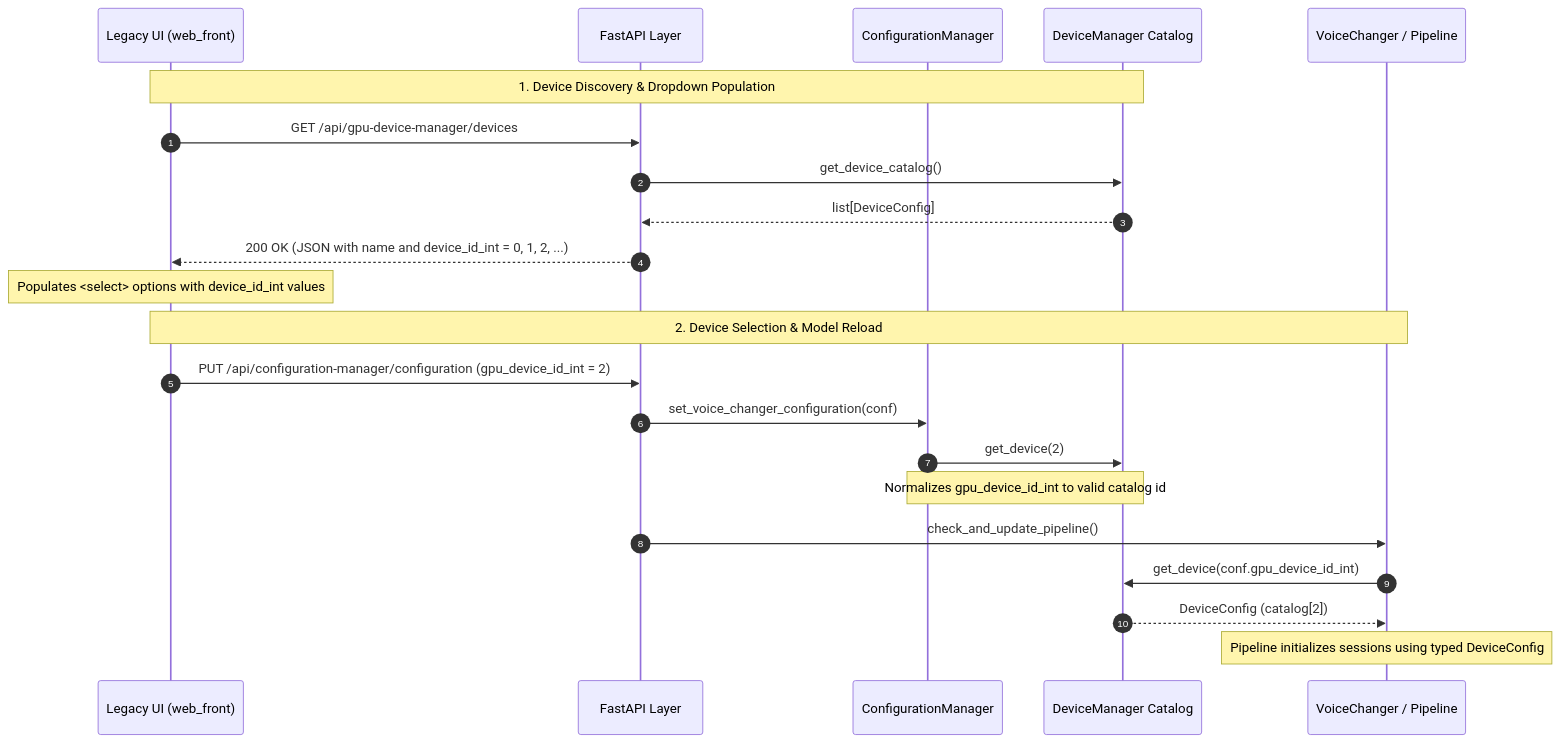
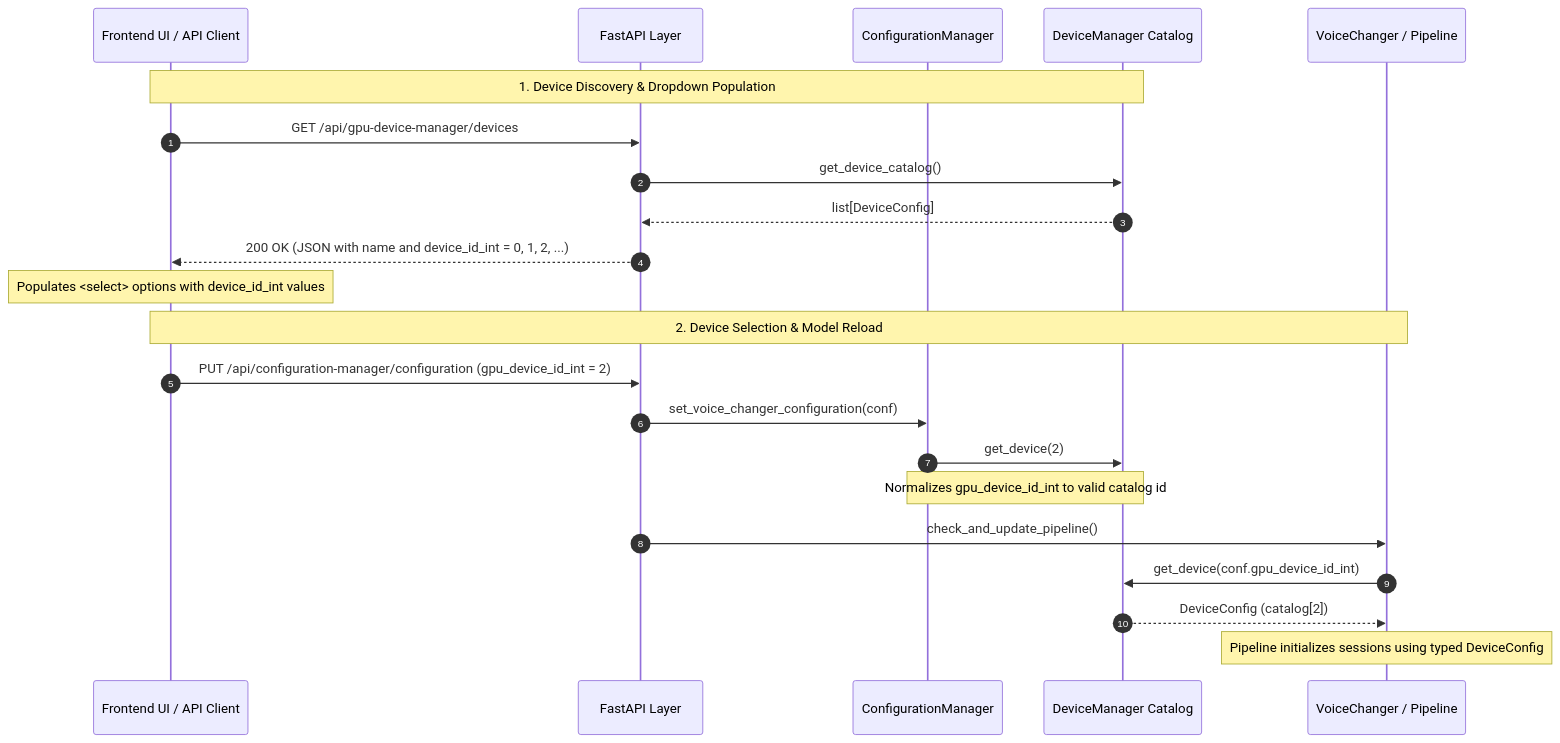
Before and after one commit to Maki-Daisuke/vcclient-forge: the first of 2 diagrams in okf/device-config-and-unified-hardware-descriptor.md, drawn with Mermaid. The commit also changed other lines of this file and 11 other files, not shown here.

Commit message:
docs(okf): sync architectural docs and roadmaps with current implementation

````diff
--- a/okf/device-config-and-unified-hardware-descriptor.md
+++ b/okf/device-config-and-unified-hardware-descriptor.md
@@ -184,26 +184,26 @@
 ```mermaid
 sequenceDiagram
     autonumber
-    participant UI as Legacy UI (web_front)
+    participant UI as Frontend UI / API Client
     participant API as FastAPI Layer
     participant CM as ConfigurationManager
     participant DM as DeviceManager Catalog
     participant VC as VoiceChanger / Pipeline
 
     Note over UI,DM: 1. Device Discovery & Dropdown Population
     UI->>API: GET /api/gpu-device-manager/devices
     API->>DM: get_device_catalog()
     DM-->>API: list[DeviceConfig]
     API-->>UI: 200 OK (JSON with name and device_id_int = 0, 1, 2, ...)
     Note over UI: Populates <select> options with device_id_int values
 
     Note over UI,VC: 2. Device Selection & Model Reload
     UI->>API: PUT /api/configuration-manager/configuration (gpu_device_id_int = 2)
     API->>CM: set_voice_changer_configuration(conf)
     CM->>DM: get_device(2)
     Note over CM,DM: Normalizes gpu_device_id_int to valid catalog id
     API->>VC: check_and_update_pipeline()
     VC->>DM: get_device(conf.gpu_device_id_int)
     DM-->>VC: DeviceConfig (catalog[2])
     Note over VC: Pipeline initializes sessions using typed DeviceConfig
 ```
````
